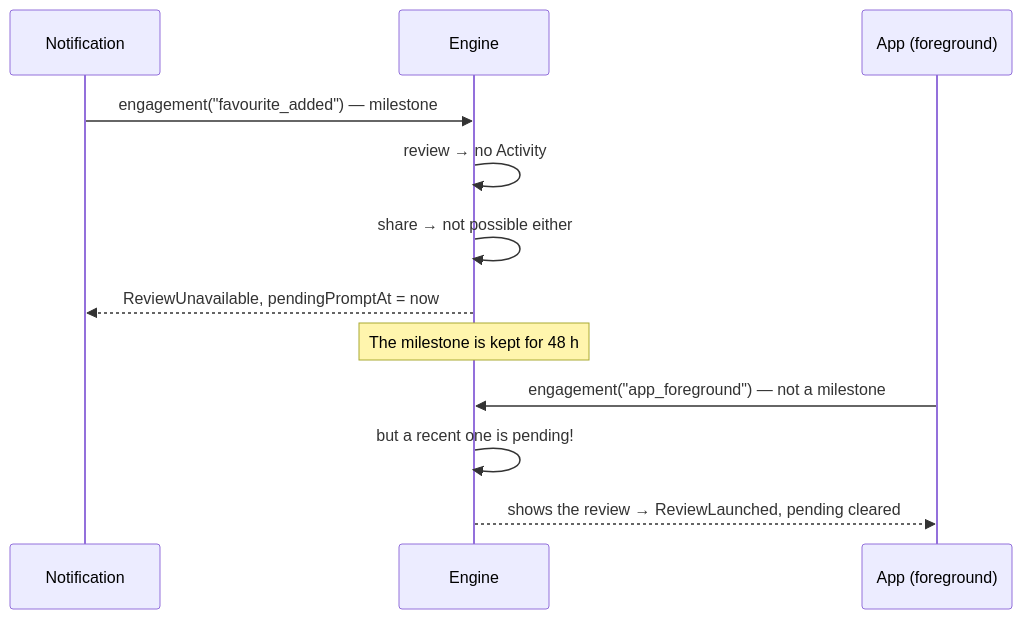
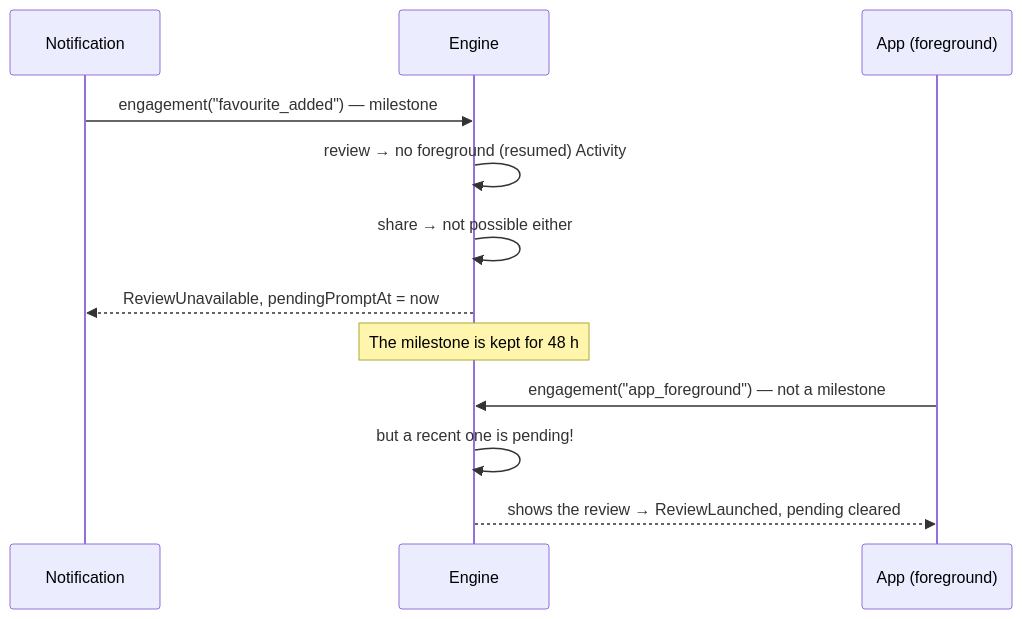
Before and after one commit to raxden/android-platform: the second of 3 diagrams in platform/engagement/README.md, drawn with Mermaid. The commit also changed other lines of this file and 5 other files, not shown here.

First line of the commit message:
Launch in-app review and share only on a resumed activity (#28)

````diff
--- a/platform/engagement/README.md
+++ b/platform/engagement/README.md
@@ -119,14 +121,14 @@
 ```mermaid
 sequenceDiagram
     participant N as Notification
     participant E as Engine
     participant App as App (foreground)
     N->>E: engagement("favourite_added") — milestone
-    E->>E: review → no Activity
+    E->>E: review → no foreground (resumed) Activity
     E->>E: share → not possible either
     E-->>N: ReviewUnavailable, pendingPromptAt = now
     Note over E: The milestone is kept for 48 h
     App->>E: engagement("app_foreground") — not a milestone
     E->>E: but a recent one is pending!
     E-->>App: shows the review → ReviewLaunched, pending cleared
 ```
````
